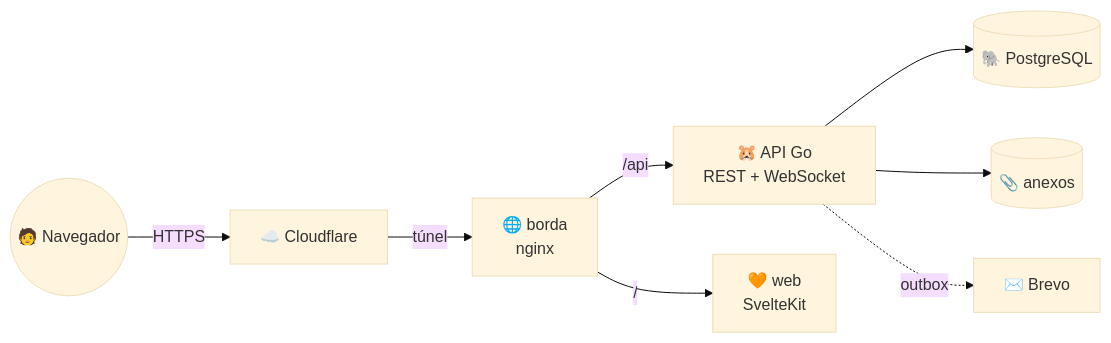
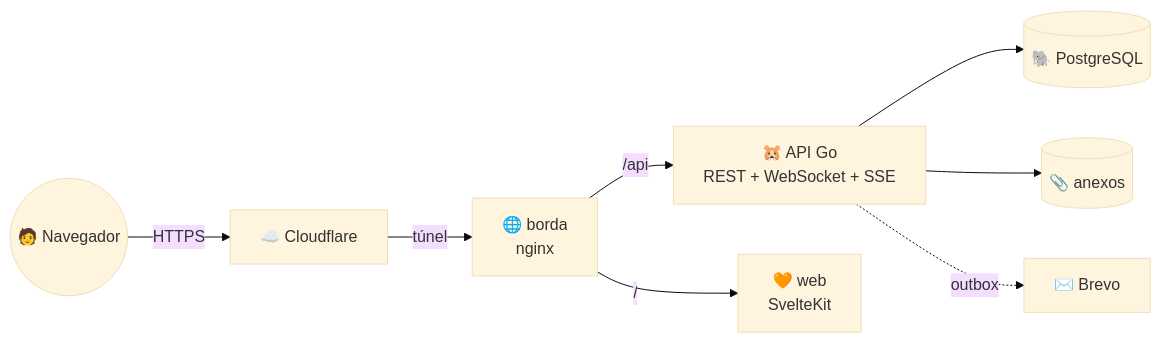
One commit to caetasousa/stacktrack changed the diagram in README.md. Above: the diagram before and after it, drawn with Mermaid (base theme). The commit also changed other lines of this file and 11 other files, not shown here.

````diff
--- a/README.md
+++ b/README.md
@@ -84,10 +90,10 @@
 ```mermaid
 flowchart LR
     U(("🧑 Navegador")) -- HTTPS --> CF["☁️ Cloudflare"]
     CF -- túnel --> B["🌐 borda<br/>nginx"]
-    B -- "/api" --> A["🐹 API Go<br/>REST + WebSocket"]
+    B -- "/api" --> A["🐹 API Go<br/>REST + WebSocket + SSE"]
     B -- "/" --> W["🧡 web<br/>SvelteKit"]
     A --> P[("🐘 PostgreSQL")]
     A --> D[("📎 anexos")]
     A -. "outbox" .-> M["✉️ Brevo"]
 ```
````
